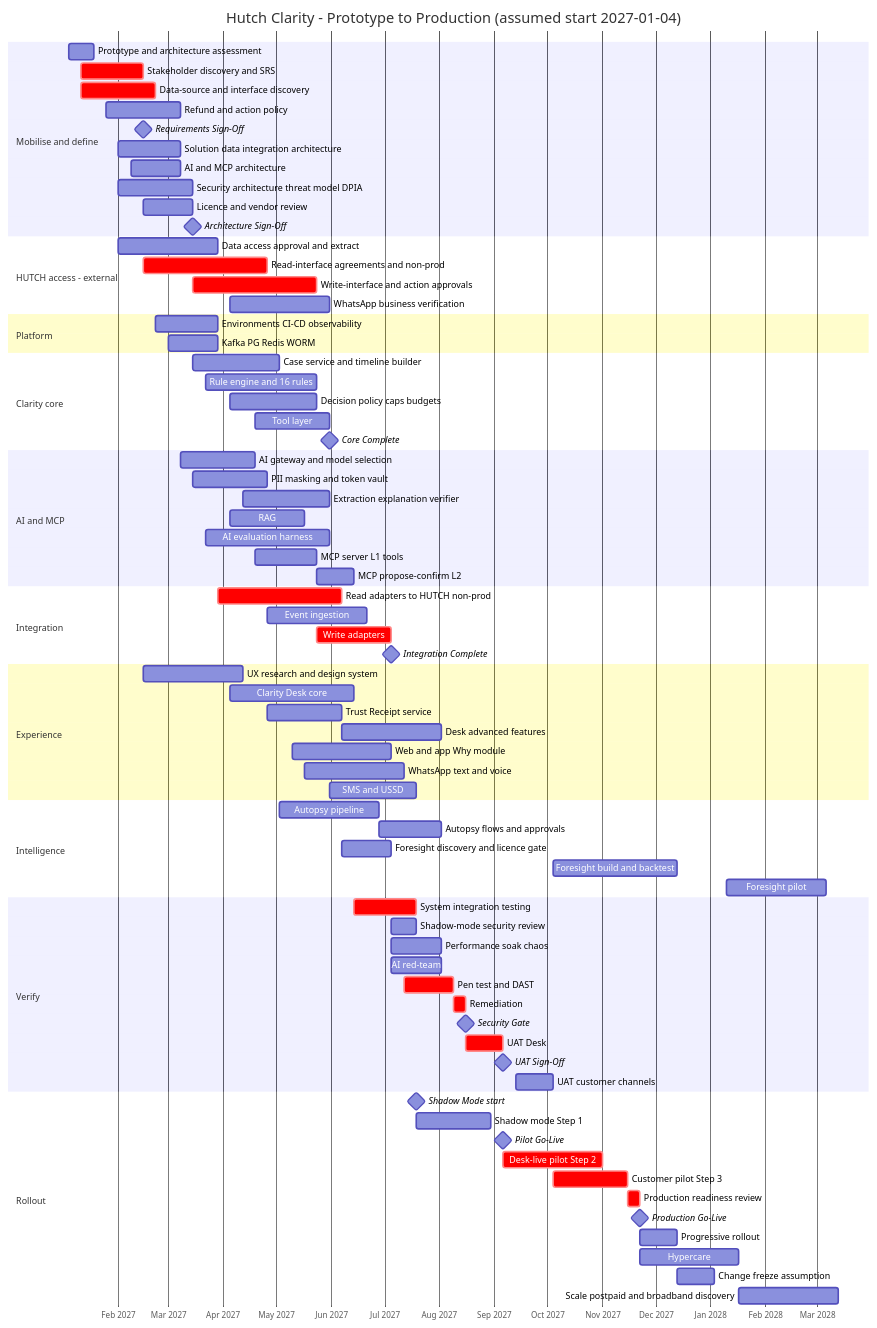
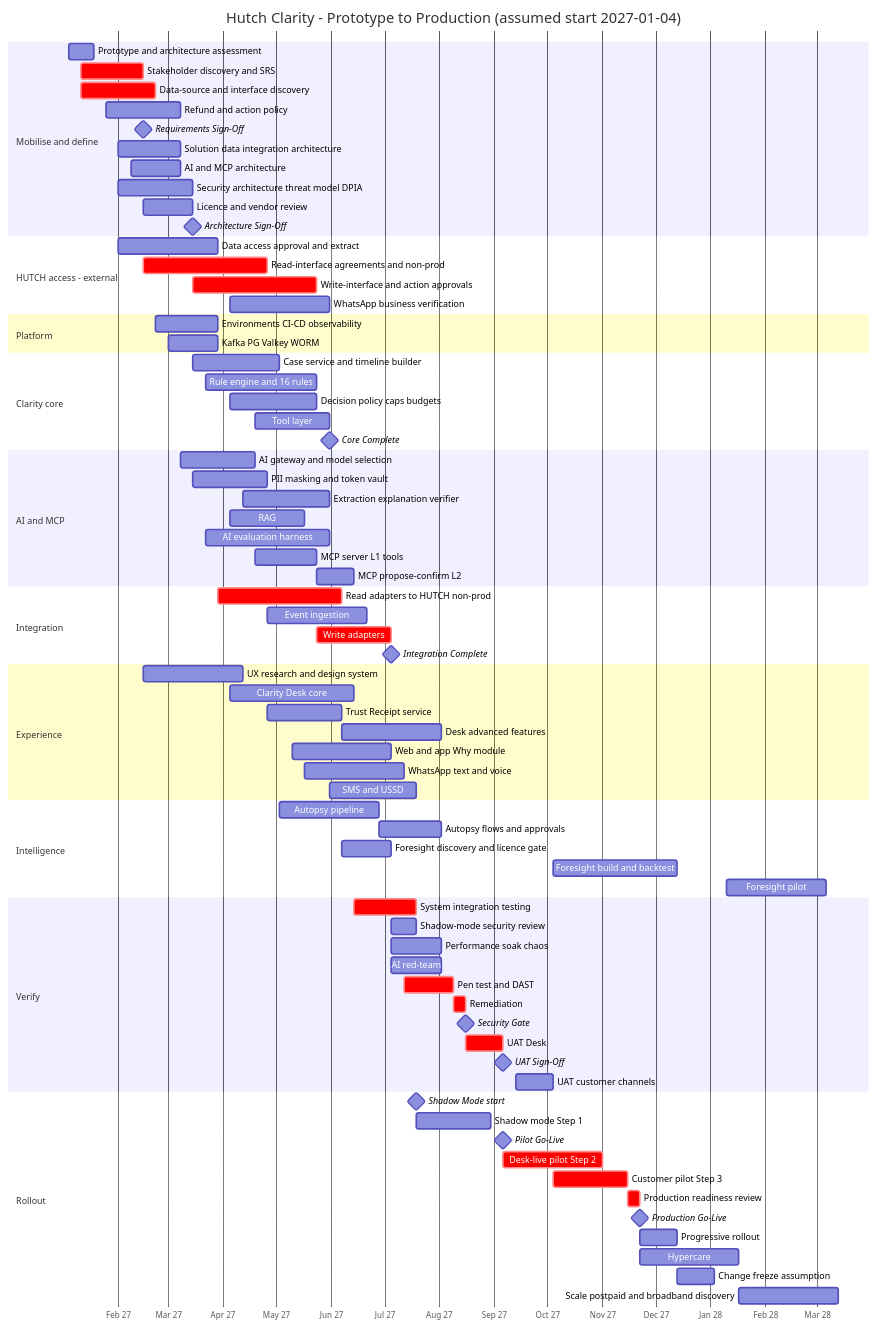
One commit to Pasidu-Mihiranga/HutchClarity changed the first of 2 diagrams in docs/enterprise-plan/13-delivery-plan.md. Above: the diagram before and after it, drawn with Mermaid. The commit also changed other lines of this file and 103 other files, not shown here.

```diff
--- a/docs/enterprise-plan/13-delivery-plan.md
+++ b/docs/enterprise-plan/13-delivery-plan.md
@@ -198,7 +202,7 @@
 gantt
     title Hutch Clarity - Prototype to Production (assumed start 2027-01-04)
     dateFormat YYYY-MM-DD
-    axisFormat %b %Y
+    axisFormat %b %y
     todayMarker off
 
     section Mobilise and define
@@ -221,7 +225,7 @@
 
     section Platform
     Environments CI-CD observability          :d1, 2027-02-22, 35d
-    Kafka PG Redis WORM                       :d2, 2027-03-01, 28d
+    Kafka PG Valkey WORM                       :d2, 2027-03-01, 28d
 
     section Clarity core
     Case service and timeline builder         :e1, 2027-03-15, 49d
```
